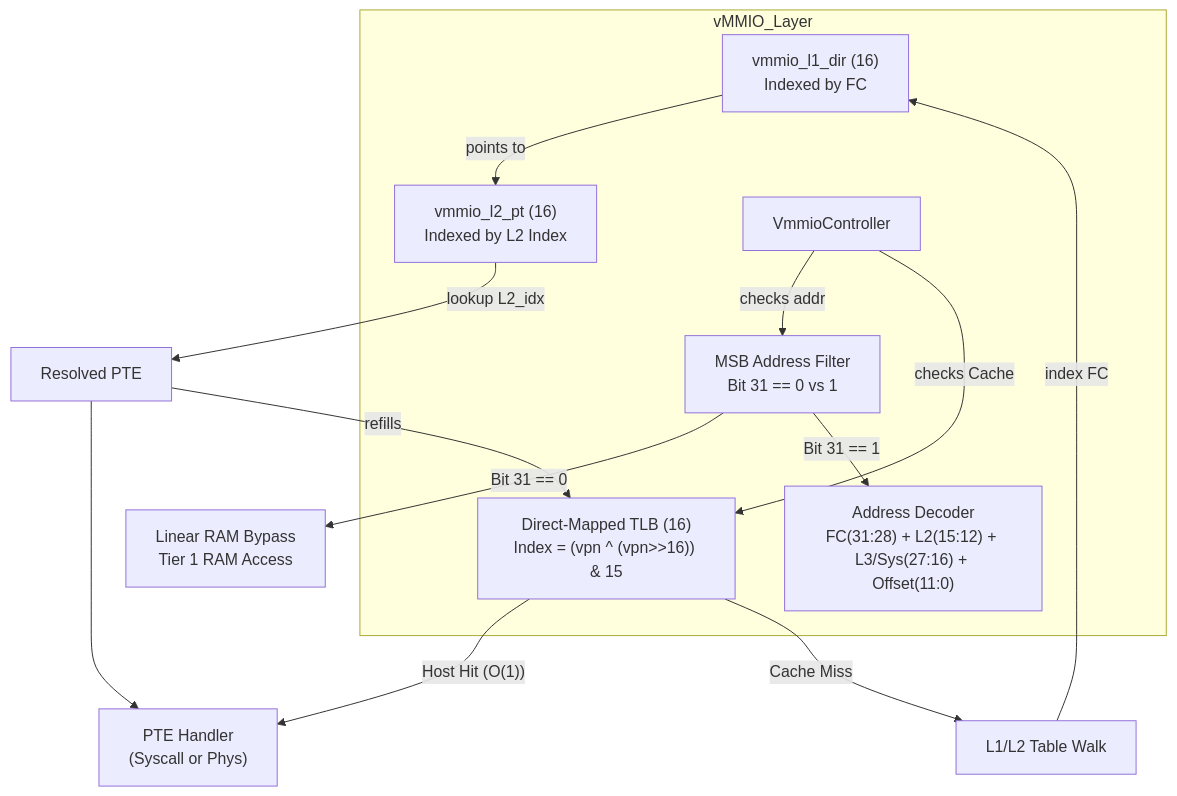
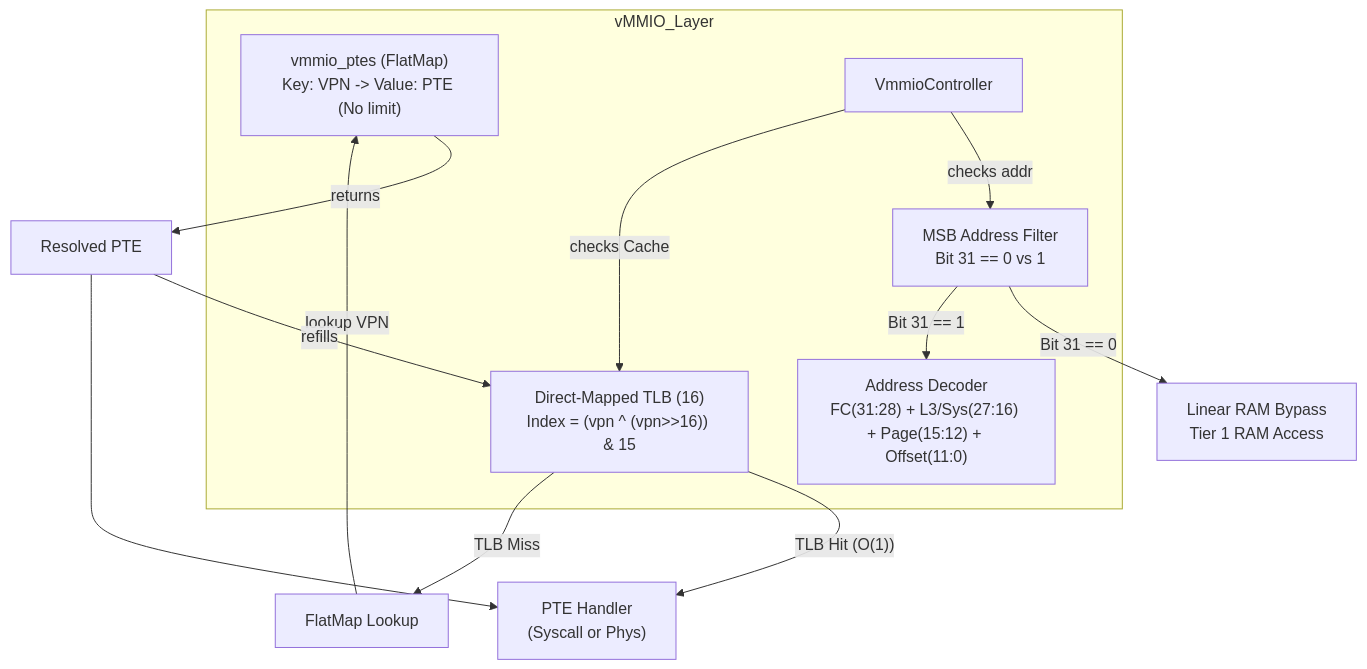
One commit to kmt-t/fireball changed the first of 3 diagrams in docs/components/tier2_runtime/runtime_vmmio.md. Above: the diagram before and after it, drawn with Mermaid. The commit also changed other lines of this file and 4 other files, not shown here.

Commit message:
feat(vmmio): migrate PTE storage to FlatMap removing 16-entry limit, backed by direct-mapped TLB cache

````diff
--- a/docs/components/tier2_runtime/runtime_vmmio.md
+++ b/docs/components/tier2_runtime/runtime_vmmio.md
@@ -63,23 +57,21 @@
 ```mermaid
 graph TD
     subgraph vMMIO_Layer
         Filter["MSB Address Filter<br/>Bit 31 == 0 vs 1"]
-        Decoder["Address Decoder<br/>FC(31:28) + L2(15:12) + L3/Sys(27:16) + Offset(11:0)"]
-        L1Dir["vmmio_l1_dir (16)<br/>Indexed by FC"]
-        L2Table["vmmio_l2_pt (16)<br/>Indexed by L2 Index"]
+        Decoder["Address Decoder<br/>FC(31:28) + L3/Sys(27:16) + Page(15:12) + Offset(11:0)"]
+        FlatMap["vmmio_ptes (FlatMap)<br/>Key: VPN -> Value: PTE (No limit)"]
         TLB["Direct-Mapped TLB (16)<br/>Index = (vpn ^ (vpn>>16)) & 15"]
         Controller["VmmioController"]
     end
 
     Controller -- checks addr --> Filter
     Filter -- Bit 31 == 0 --> Bypass[Linear RAM Bypass\nTier 1 RAM Access]
     Filter -- Bit 31 == 1 --> Decoder
     Controller -- checks Cache --> TLB
-    TLB -- Host Hit (O(1)) --> Handler["PTE Handler\n(Syscall or Phys)"]
-    TLB -- Cache Miss --> Walk[L1/L2 Table Walk]
-    Walk -- index FC --> L1Dir
-    L1Dir -- points to --> L2Table
-    L2Table -- lookup L2_idx --> WalkResult[Resolved PTE]
+    TLB -- TLB Hit (O(1)) --> Handler["PTE Handler\n(Syscall or Phys)"]
+    TLB -- TLB Miss --> Walk[FlatMap Lookup]
+    Walk -- lookup VPN --> FlatMap
+    FlatMap -- returns --> WalkResult[Resolved PTE]
     WalkResult -- refills --> TLB
     WalkResult --> Handler
 ```
````
